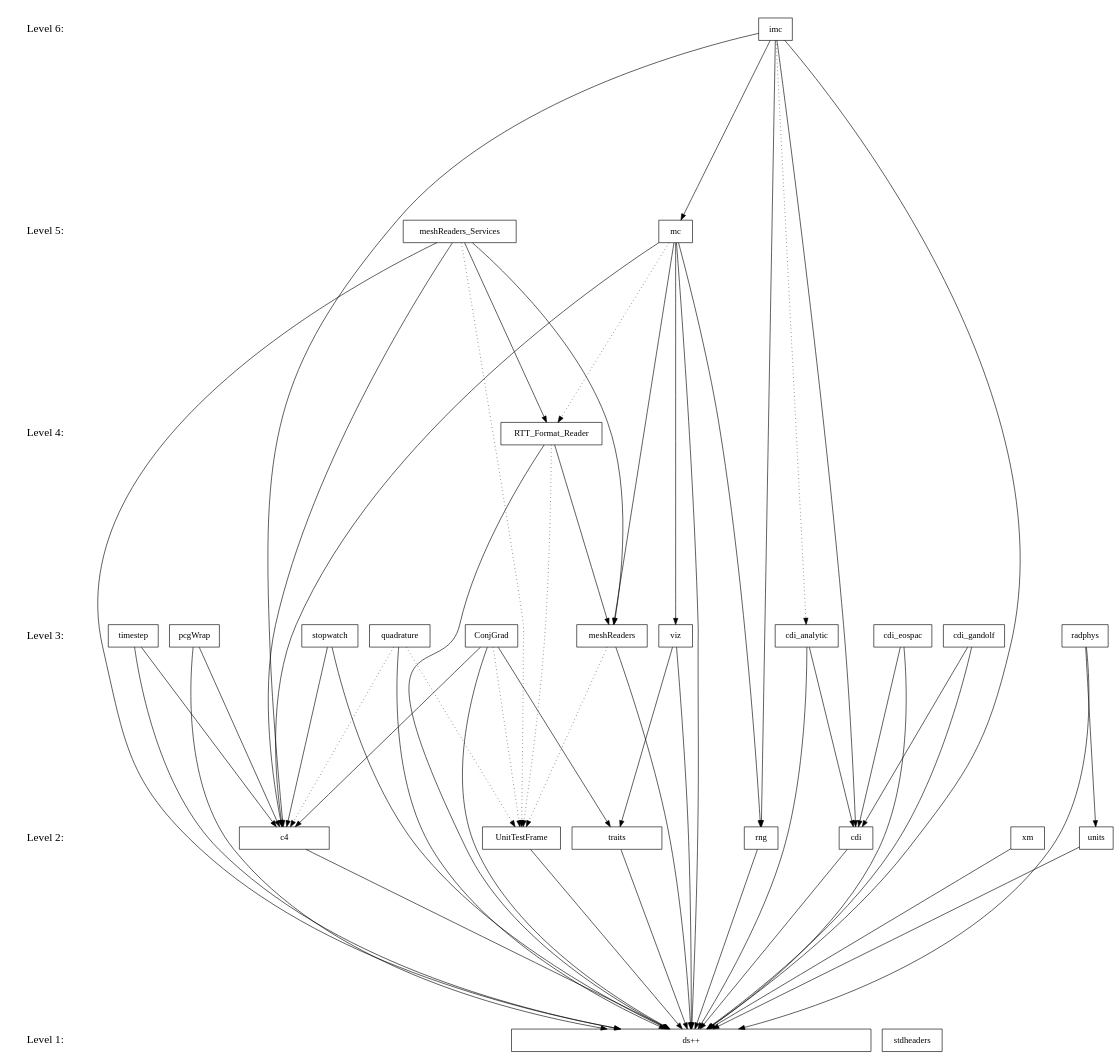
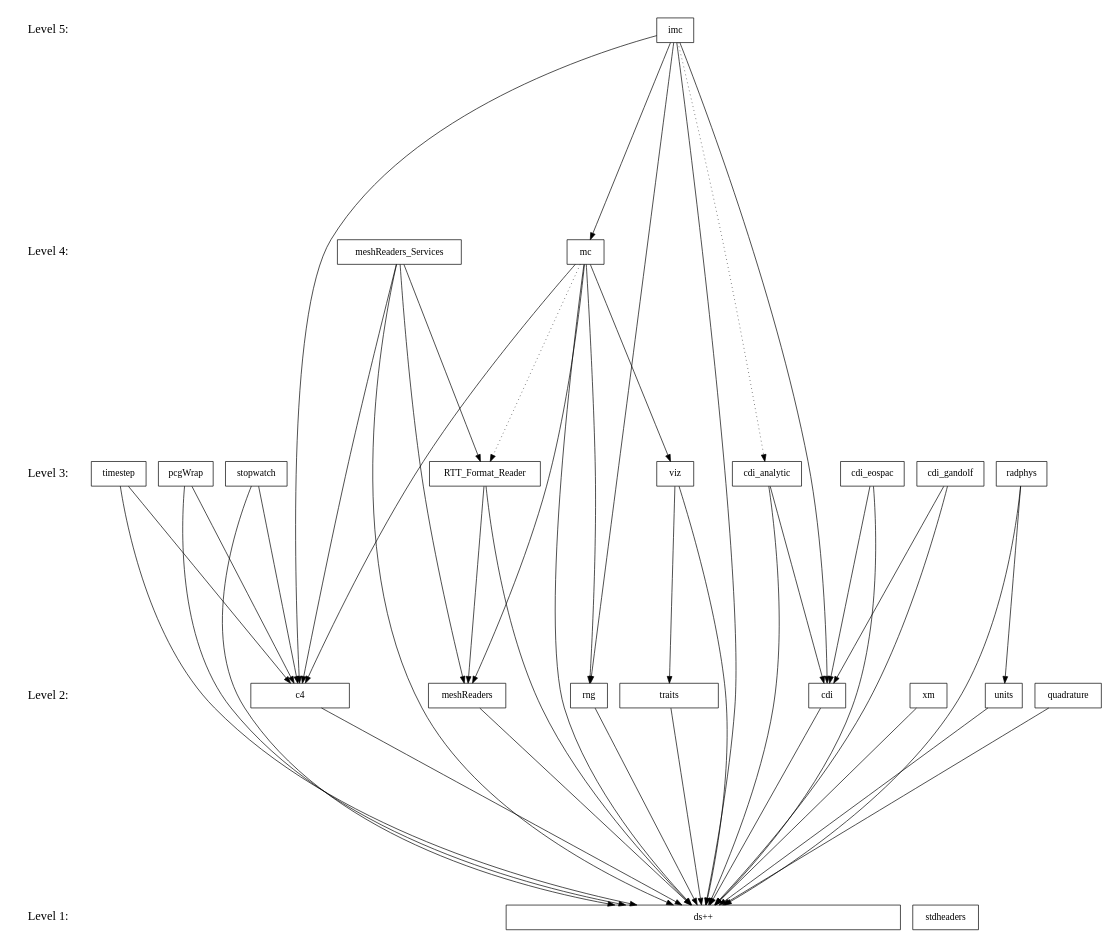
The diagram in doc/design/level.dot (losalamos/Draco), drawn with Graphviz before and after one commit. The commit also changed 1 other file, not shown here.

Commit message:
New levelization diagram for draco.

```diff
--- a/doc/design/level.dot
+++ b/doc/design/level.dot
@@ -1,103 +1,88 @@
 digraph draco_level {
     /* graph attributes */
     center=1;
     size="7.5,10";
     ranksep=4;
     
     /* levels */
     level1 [shape=plaintext, label="Level 1:", fontsize=18];
     level2 [shape=plaintext, label="Level 2:", fontsize=18];
     level3 [shape=plaintext, label="Level 3:", fontsize=18];
     level4 [shape=plaintext, label="Level 4:", fontsize=18];
     level5 [shape=plaintext, label="Level 5:", fontsize=18];
-    level6 [shape=plaintext, label="Level 6:", fontsize=18];
     
-    level6 -> level5 -> level4 -> level3 -> level2 -> level1 [style=invis];
+    level5 -> level4 -> level3 -> level2 -> level1 [style=invis];
     
     /* packages */
     
     /* level 1 */
     dsxx [shape=box, label="ds++", width=8];
     stdheaders [shape=box, label="stdheaders"];
     
     /* level 2 */
     traits [shape=box, label="traits" width=2];
     xm [shape=box, label="xm"];
     c4 [shape=box, label="c4", width=2];
     rng [shape=box, label="rng"];
     units [shape=box, label="units"];
-    frame [shape=box, label="UnitTestFrame"];
     cdi [shape=box, label="cdi"];
+    quad [shape=box, label="quadrature"];
+    meshread [shape=box, label="meshReaders"];
     
     /* level 3 */
     viz [shape=box, label="viz"];
     radphys [shape=box, label="radphys"];
     timestep [shape=box, label="timestep"];
-    quad [shape=box, label="quadrature"];
-    meshread [shape=box, label="meshReaders"];
     cdianal [shape=box, label="cdi_analytic"];
     cdieos [shape=box, label="cdi_eospac"];
     cdigan [shape=box, label="cdi_gandolf"];
-    conjgrad [shape=box, label="ConjGrad"];
     pcg [shape=box, label="pcgWrap"];
     stop [shape=box, label="stopwatch"];
+    rttread [shape=box, label="RTT_Format_Reader"];
     
     /* level 4 */
-    rttread [shape=box, label="RTT_Format_Reader"];
-
-    /* level 5 */
     mc [shape=box, label="mc"];
     meshservice [shape=box, label="meshReaders_Services"];
 
-    /* level 6 */
+    /* level 5 */
     imc [shape=box, label="imc"];
     
     /* dependencies */
     {rank=same; level1 stdheaders dsxx};
-    {rank=same; level2 traits xm c4 rng units frame cdi};
-    {rank=same; level3 viz radphys timestep quad meshread cdianal cdieos cdigan conjgrad pcg stop};
-    {rank=same; level4 rttread};
-    {rank=same; level5 mc meshservice};
-    {rank=same; level6 imc};
+    {rank=same; level2 traits xm c4 rng units meshread cdi quad};
+    {rank=same; level3 rttread viz radphys timestep cdianal cdieos cdigan pcg stop};
+    {rank=same; level4 mc meshservice};
+    {rank=same; level5 imc};
     
     /* draco packages */
     
     /* level 2 */
     xm          -> {dsxx};
     units       -> {dsxx};
     traits      -> {dsxx};
     c4          -> {dsxx};
-    frame       -> {dsxx};
     rng         -> {dsxx};
     cdi         -> {dsxx};
+    meshread    -> {dsxx};
+    quad        -> {dsxx};
     
     /* level 3 */
     viz         -> {traits dsxx};
     timestep    -> {c4 dsxx};
     stop        -> {c4 dsxx};
     radphys     -> {units dsxx};
     pcg         -> {c4 dsxx};
     cdianal     -> {cdi dsxx};
-    meshread    -> {dsxx};
-    meshread    -> {frame} [style=dotted];
     cdieos      -> {cdi dsxx};
     cdigan      -> {cdi dsxx};
-    conjgrad    -> {traits c4 dsxx};
-    conjgrad    -> {frame} [style=dotted];
-    quad        -> {dsxx};
-    quad        -> {c4 frame} [style=dotted];
+    rttread     -> {meshread dsxx};
 
     /* level 4 */
-    rttread     -> {meshread dsxx};
-    rttread     -> {frame} [style=dotted];
-
-    /* level 5 */
     mc          -> {viz meshread rng c4 dsxx};
     mc          -> {rttread} [style=dotted];
     meshservice -> {rttread meshread c4 dsxx};
-    meshservice -> {frame} [style=dotted];
 
-    /* level 6 */
+    /* level 5 */
     imc         -> {mc cdi rng c4 dsxx};
     imc         -> {cdianal} [style=dotted];
 }
```
